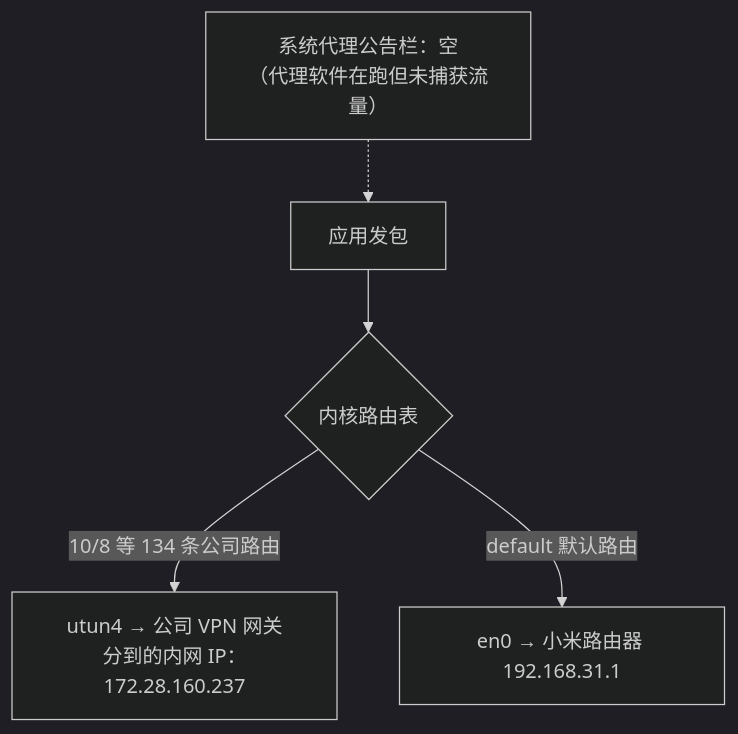
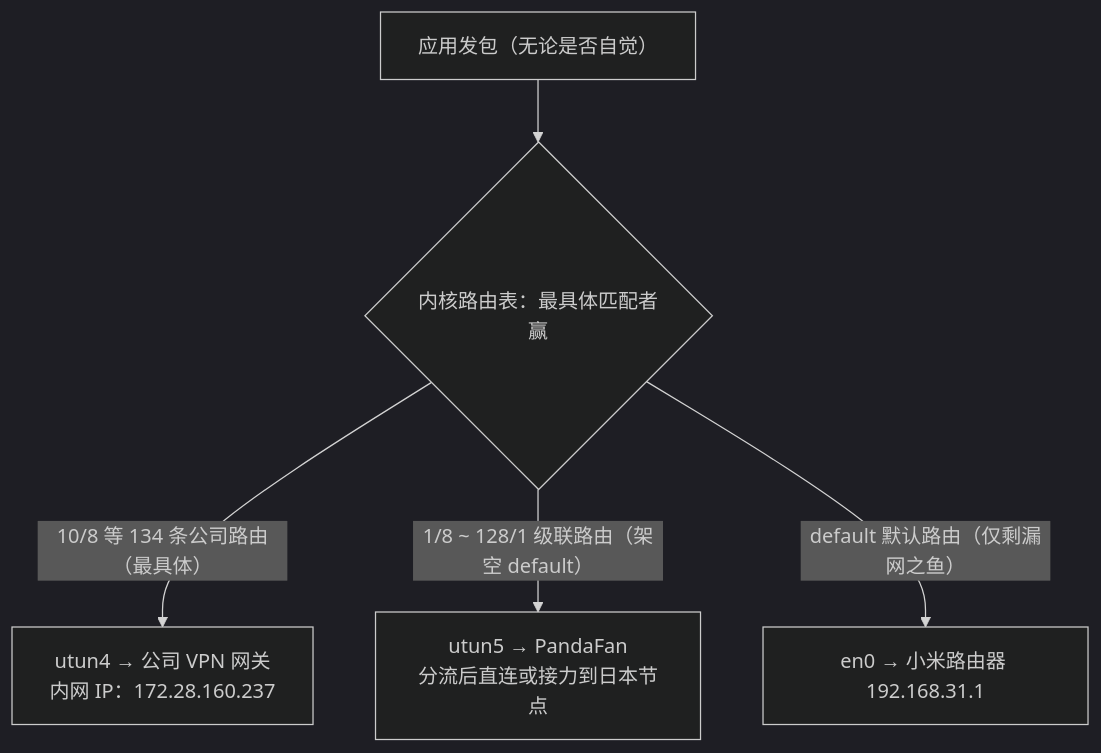
One commit to puppylpg/puppylpg.github.io changed the ninth of 9 diagrams in _posts/2026-08-08-proxy-vs-vpn-principles.md. Above: the diagram before and after it, drawn with Mermaid (dark theme). The commit also changed other lines of this file, not shown here.

First line of the commit message:
真机检查章节重写为三小节，强调代理与 VPN 的分水岭在处理方式

````diff
--- a/_posts/2026-08-08-proxy-vs-vpn-principles.md
+++ b/_posts/2026-08-08-proxy-vs-vpn-principles.md
@@ -479,7 +556,7 @@
 ```mermaid
 flowchart TD
-    A["应用发包"] --> B{"内核路由表"}
-    B -->|"10/8 等 134 条公司路由"| C["utun4 → 公司 VPN 网关<br>分到的内网 IP：172.28.160.237"]
-    B -->|"default 默认路由"| D["en0 → 小米路由器 192.168.31.1"]
-    E["系统代理公告栏：空<br>（代理软件在跑但未捕获流量）"] -.-> A
+    A["应用发包（无论是否自觉）"] --> B{"内核路由表：最具体匹配者赢"}
+    B -->|"10/8 等 134 条公司路由（最具体）"| C["utun4 → 公司 VPN 网关<br>内网 IP：172.28.160.237"]
+    B -->|"1/8 ~ 128/1 级联路由（架空 default）"| D["utun5 → PandaFan<br>分流后直连或接力到日本节点"]
+    B -->|"default 默认路由（仅剩漏网之鱼）"| E["en0 → 小米路由器 192.168.31.1"]
 ```
````
